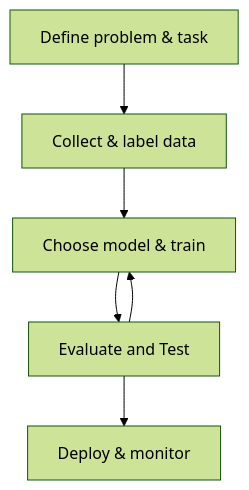
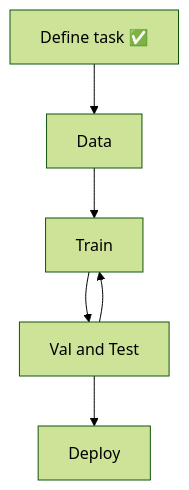
Before and after one commit to UQ-Data-Science-CRP/easy-image-classification-dscrp: the second of 9 diagrams in presentation/image-classification-masterclass.qmd, drawn with Mermaid (forest theme). The commit also changed other lines of this file and 6 other files, not shown here.

````diff
--- a/presentation/image-classification-masterclass.qmd
+++ b/presentation/image-classification-masterclass.qmd
@@ -90,8 +226,8 @@
 ```{mermaid}
 flowchart TD
-    A[Define problem & task] --> B[Collect & label data]
-    B --> C[Choose model & train]
-    C --> D[Evaluate and Test]
+    A["Define task ✅"] --> B[Data]
+    B --> C[Train]
+    C --> D[Val and Test]
     D --> C 
-    D --> E[Deploy & monitor]
+    D --> E[Deploy]
 ```
````
